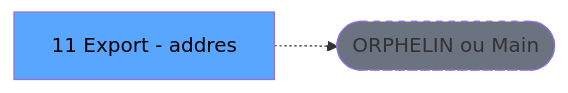
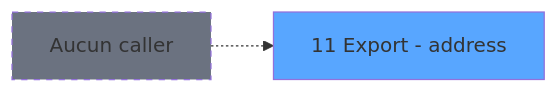
One commit to thonyAGP/lecteur-magic changed the second of 3 diagrams in .openspec/specs/ADH-IDE-11.md. Above: the diagram before and after it, drawn with Mermaid. The commit also changed other lines of this file and 96 other files, not shown here.

````diff
--- a/.openspec/specs/ADH-IDE-11.md
+++ b/.openspec/specs/ADH-IDE-11.md
@@ -119,8 +160,8 @@
 ```mermaid
 graph LR
-    T[11 Export - addres]
-    ORPHAN([ORPHELIN ou Main])
-    T -.-> ORPHAN
-    style T fill:#58a6ff,color:#000
-    style ORPHAN fill:#6b7280,stroke-dasharray: 5 5
+    T11[11 Export - address]
+    style T11 fill:#58a6ff
+    NONE[Aucun caller]
+    NONE -.-> T11
+    style NONE fill:#6b7280,stroke-dasharray: 5 5
 ```
````
